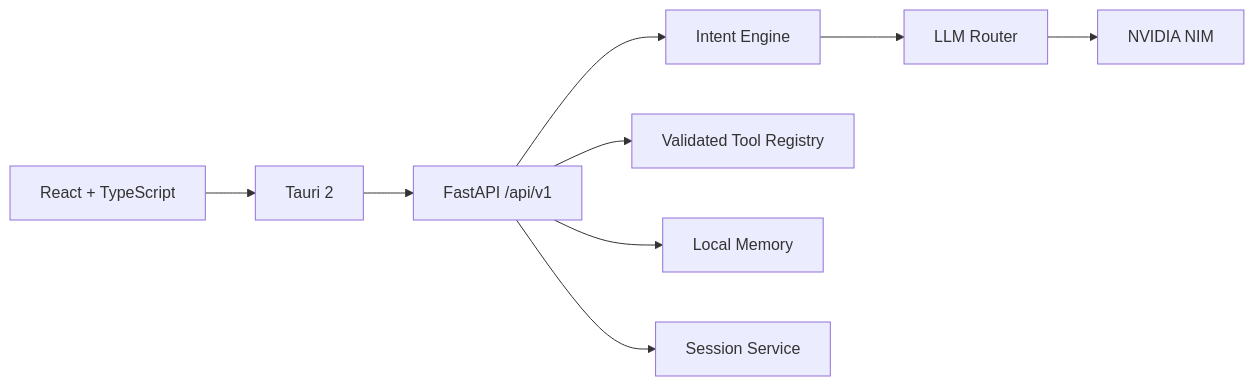
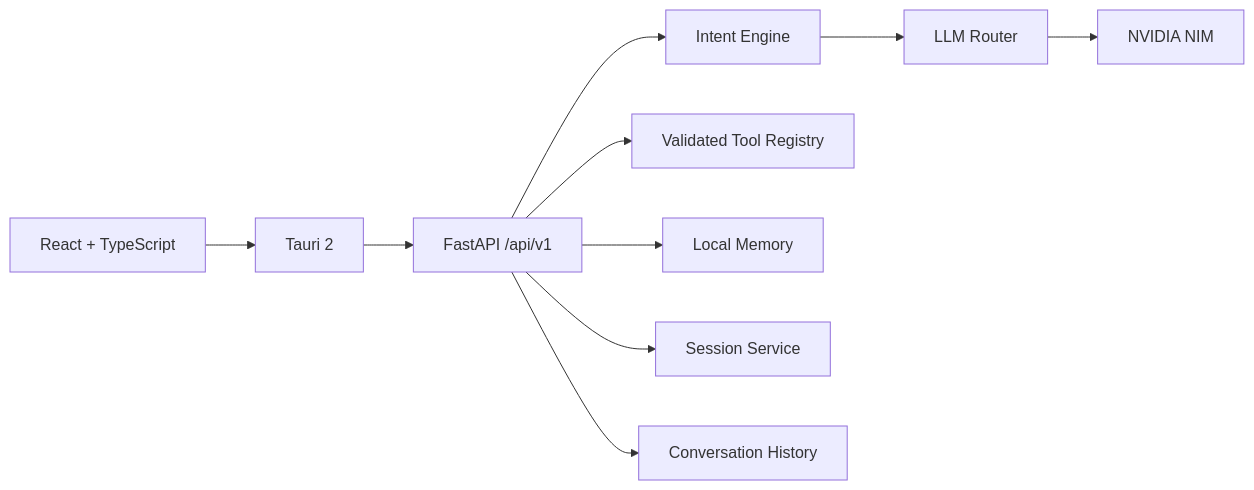
Before and after one commit to Sweekar-m/SoulOS: the diagram in docs/architecture.md, drawn with Mermaid. The commit also changed other lines of this file, not shown here.

Commit message:
docs: document session-scoped conversation architecture

````diff
--- a/docs/architecture.md
+++ b/docs/architecture.md
@@ -5,11 +5,12 @@
 ```mermaid
 flowchart LR
   UI[React + TypeScript] --> TAURI[Tauri 2]
   TAURI --> API[FastAPI /api/v1]
   API --> INTENT[Intent Engine]
   INTENT --> ROUTER[LLM Router]
   ROUTER --> NIM[NVIDIA NIM]
   API --> TOOLS[Validated Tool Registry]
   API --> MEMORY[Local Memory]
   API --> SESSION[Session Service]
+  API --> CONVERSATION[Conversation History]
 ```
````
